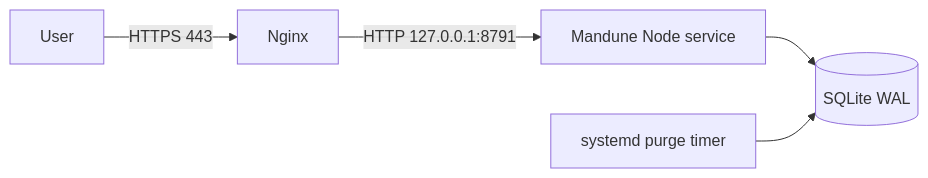
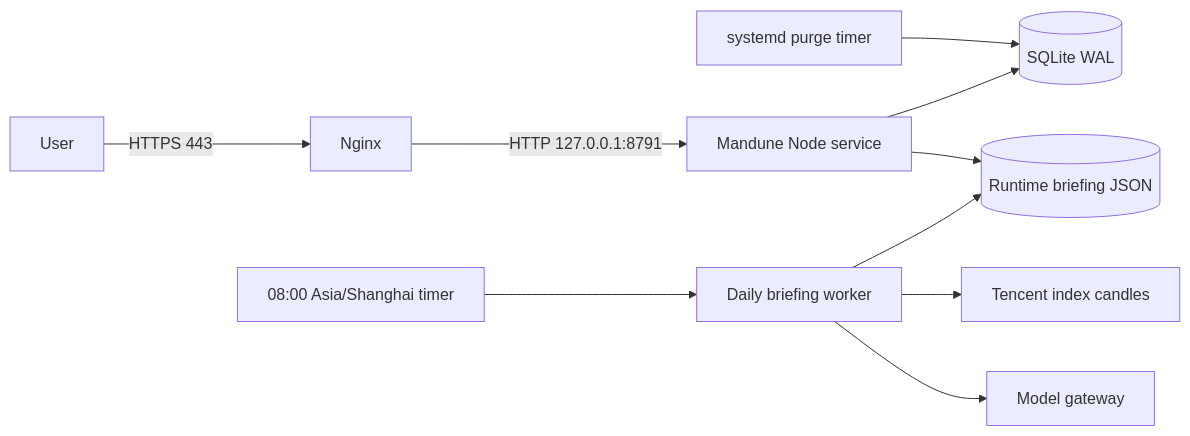
Before and after one commit to FinLens-team/Mandune: the diagram in docs/deployment.md, drawn with Mermaid. The commit also changed other lines of this file and 43 other files, not shown here.

````diff
--- a/docs/deployment.md
+++ b/docs/deployment.md
@@ -5,7 +5,12 @@
 ```mermaid
 flowchart LR
   User -->|HTTPS 443| Nginx
   Nginx -->|HTTP 127.0.0.1:8791| Node[Mandune Node service]
   Node --> SQLite[(SQLite WAL)]
-  Timer[systemd purge timer] --> SQLite
+  PurgeTimer[systemd purge timer] --> SQLite
+  BriefingTimer[08:00 Asia/Shanghai timer] --> BriefingWorker[Daily briefing worker]
+  BriefingWorker --> Briefings[(Runtime briefing JSON)]
+  BriefingWorker --> Tencent[Tencent index candles]
+  BriefingWorker --> Gateway[Model gateway]
+  Node --> Briefings
 ```
````
